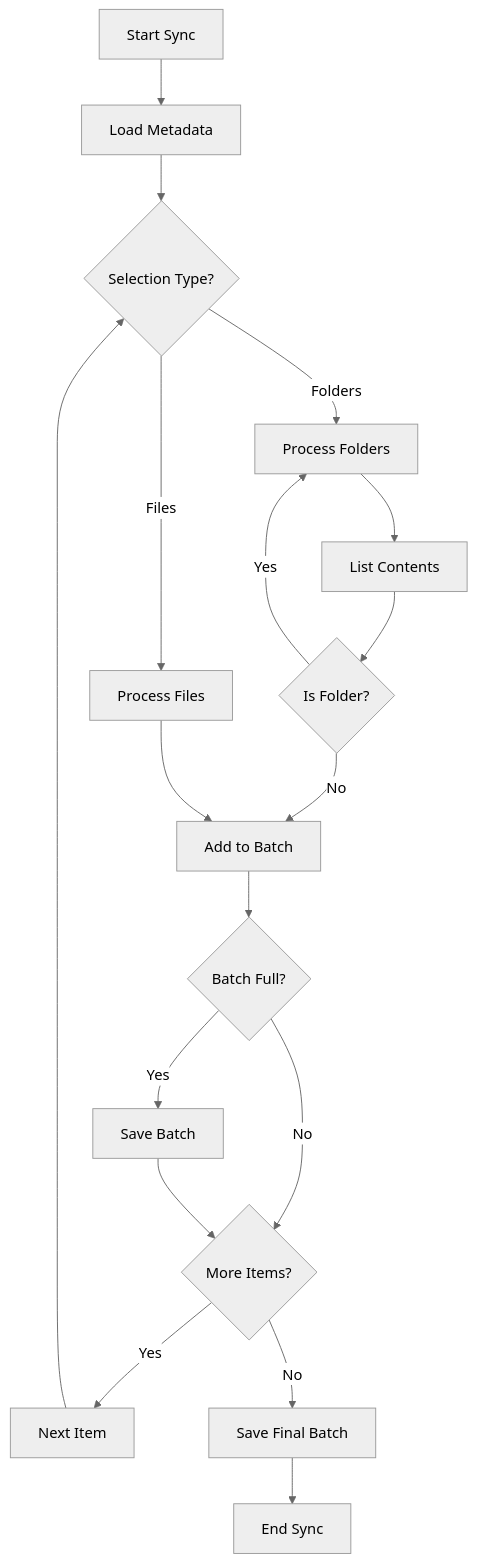
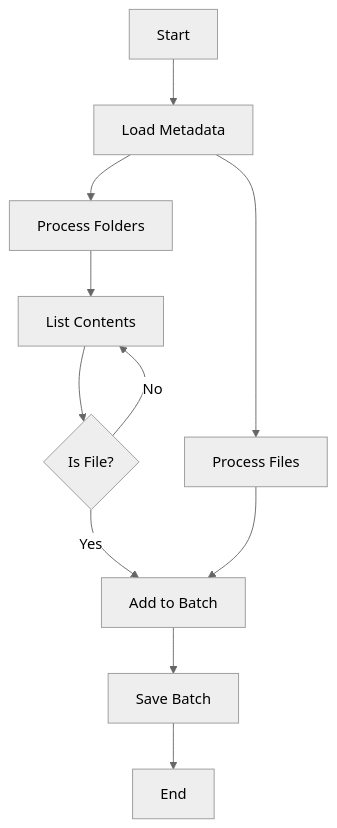
Before and after one commit to NangoHQ/integration-templates: the first of 2 diagrams in .cursor/rules/nango-script-best-practices.mdc, drawn with Mermaid (neutral theme). The commit also changed other lines of this file and 2 other files, not shown here.

````diff
--- a/.cursor/rules/nango-script-best-practices.mdc
+++ b/.cursor/rules/nango-script-best-practices.mdc
@@ -653,20 +653,13 @@
 ```mermaid
 graph TD
-    A[Start Sync] --> B[Load Metadata]
-    B --> C{Selection Type?}
-    C -->|Files| D[Process Files]
-    C -->|Folders| E[Process Folders]
-    E --> F[List Contents]
-    F --> G{Is Folder?}
-    G -->|Yes| E
-    G -->|No| H[Add to Batch]
-    D --> H
-    H --> I{Batch Full?}
-    I -->|Yes| J[Save Batch]
-    I -->|No| K{More Items?}
-    J --> K
-    K -->|Yes| L[Next Item]
-    L --> C
-    K -->|No| M[Save Final Batch]
-    M --> N[End Sync]
+    A[Start] --> B[Load Metadata]
+    B --> C[Process Folders]
+    B --> D[Process Files]
+    C --> E[List Contents]
+    E --> F{Is File?}
+    F -->|Yes| G[Add to Batch]
+    F -->|No| E
+    D --> G
+    G --> H[Save Batch]
+    H --> I[End]
 ```
````
